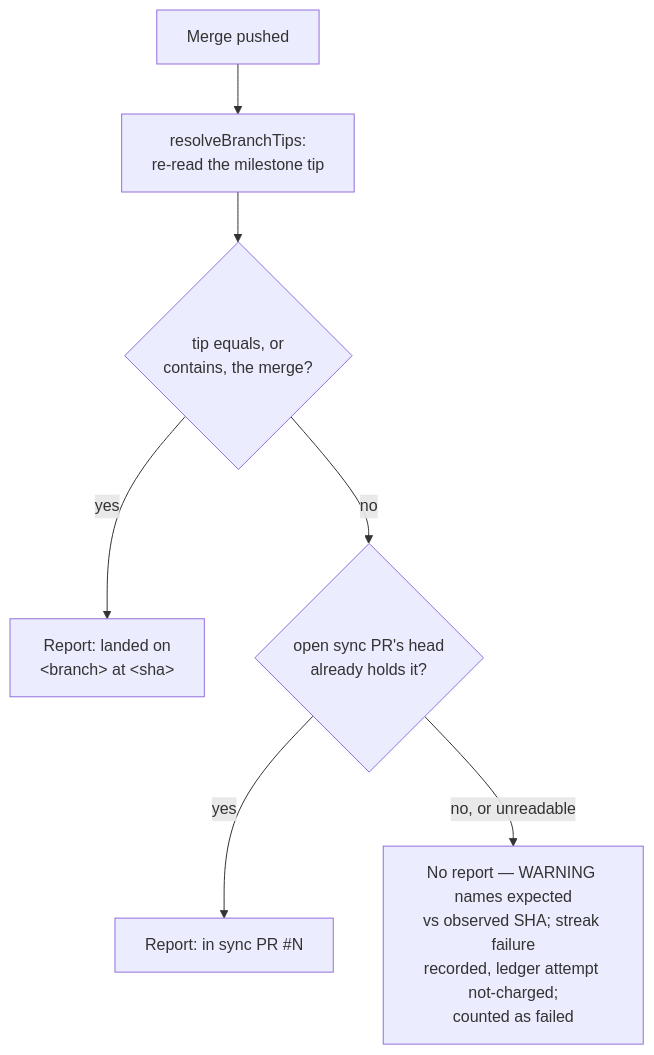
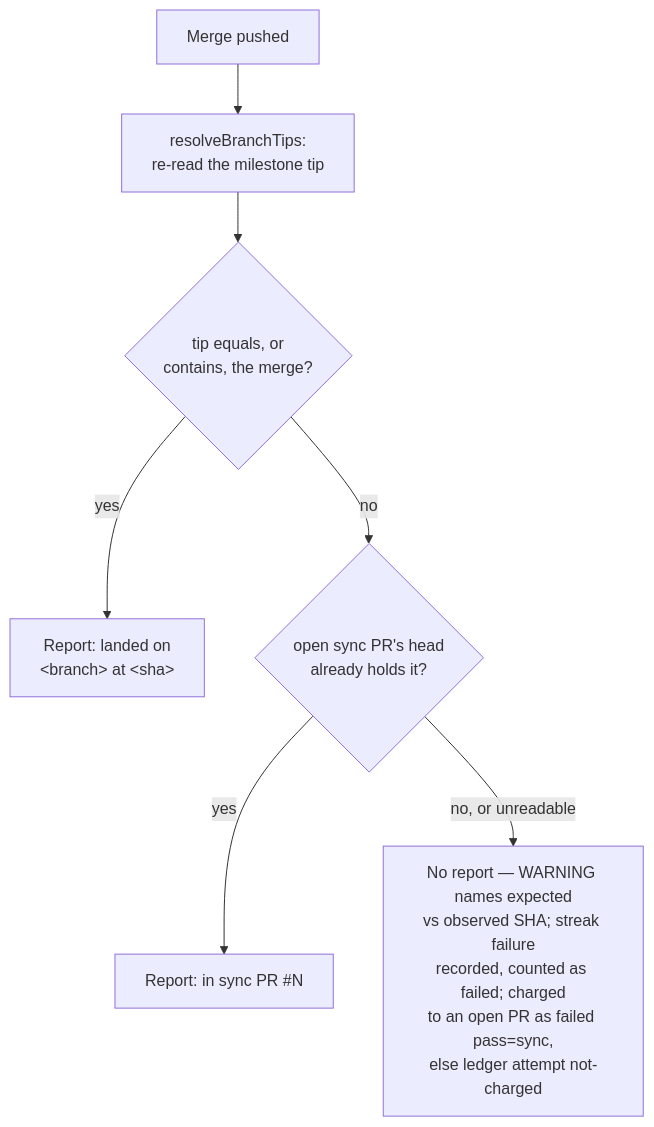
Before and after one commit to stSoftwareAU/VibeCoder: the seventh of 8 diagrams in docs/workflows/milestones.md, drawn with Mermaid. The commit also changed other lines of this file and 1 other file, not shown here.

First line of the commit message:
Charge an unconfirmed landing to the milestone branch's open PR (Issue #2998)

````diff
--- a/docs/workflows/milestones.md
+++ b/docs/workflows/milestones.md
@@ -474,9 +476,9 @@
 ```mermaid
 flowchart TD
     A["Merge pushed"] --> B["resolveBranchTips:<br/>re-read the milestone tip"]
     B --> C{"tip equals, or<br/>contains, the merge?"}
     C -- yes --> D["Report: landed on<br/>&lt;branch&gt; at &lt;sha&gt;"]
     C -- no --> E{"open sync PR's head<br/>already holds it?"}
     E -- yes --> F["Report: in sync PR #N"]
-    E -- "no, or unreadable" --> G["No report — WARNING names expected<br/>vs observed SHA; streak failure<br/>recorded, ledger attempt not-charged;<br/>counted as failed"]
+    E -- "no, or unreadable" --> G["No report — WARNING names expected<br/>vs observed SHA; streak failure<br/>recorded, counted as failed; charged<br/>to an open PR as failed pass=sync,<br/>else ledger attempt not-charged"]
 ```
````
